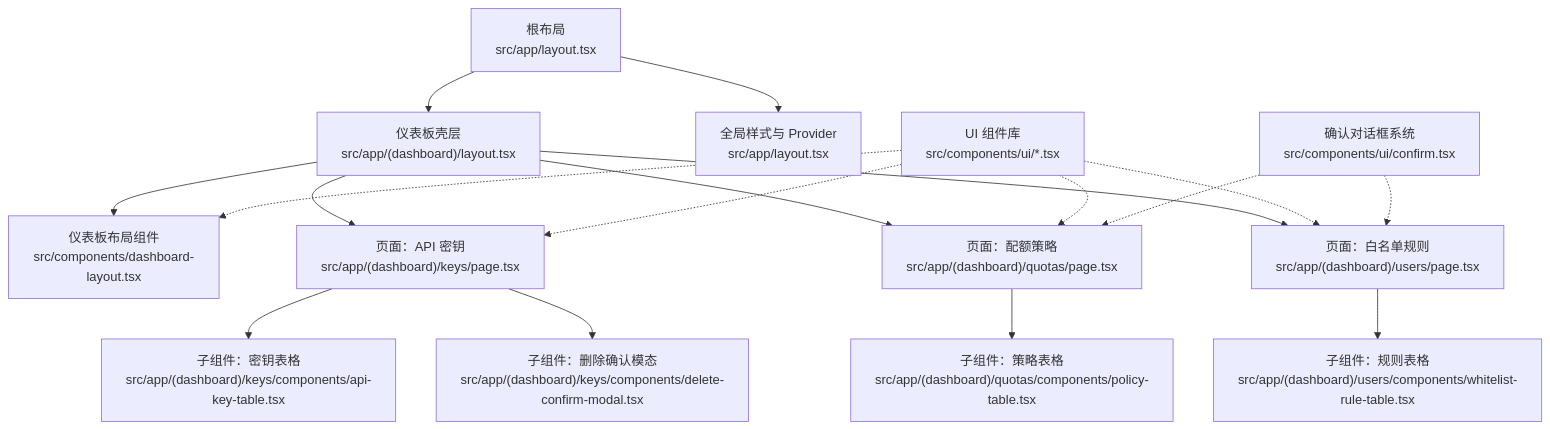
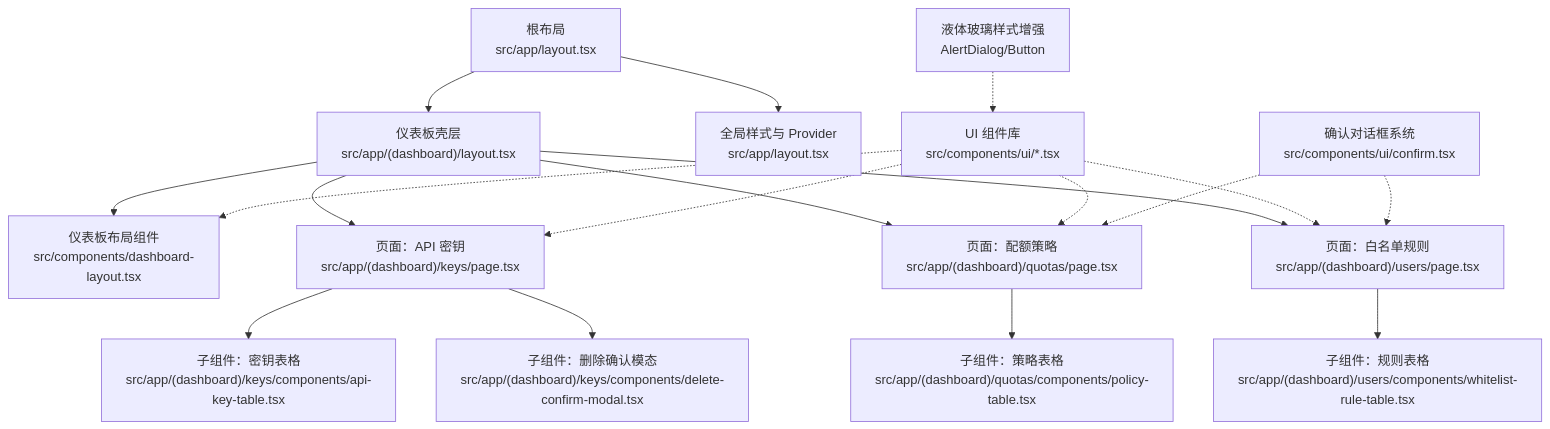
The first of 7 diagrams in .qoder/repowiki/zh/content/前端组件/前端组件.md (RadiumAg/AIGate), drawn with Mermaid before and after one commit. The commit also changed other lines of this file and 6 other files, not shown here.

````diff
--- a/.qoder/repowiki/zh/content/前端组件/前端组件.md
+++ b/.qoder/repowiki/zh/content/前端组件/前端组件.md
@@ -63,19 +67,20 @@
 ```mermaid
 graph TB
 A["根布局<br/>src/app/layout.tsx"] --> B["仪表板壳层<br/>src/app/(dashboard)/layout.tsx"]
 B --> C["仪表板布局组件<br/>src/components/dashboard-layout.tsx"]
 B --> D["页面：API 密钥<br/>src/app/(dashboard)/keys/page.tsx"]
 D --> E["子组件：密钥表格<br/>src/app/(dashboard)/keys/components/api-key-table.tsx"]
 D --> F["子组件：删除确认模态<br/>src/app/(dashboard)/keys/components/delete-confirm-modal.tsx"]
 B --> G["页面：配额策略<br/>src/app/(dashboard)/quotas/page.tsx"]
 G --> H["子组件：策略表格<br/>src/app/(dashboard)/quotas/components/policy-table.tsx"]
 B --> I["页面：白名单规则<br/>src/app/(dashboard)/users/page.tsx"]
 I --> J["子组件：规则表格<br/>src/app/(dashboard)/users/components/whitelist-rule-table.tsx"]
 A --> K["全局样式与 Provider<br/>src/app/layout.tsx"]
 L["UI 组件库<br/>src/components/ui/*.tsx"] -.-> C
 L -.-> D
 L -.-> G
 L -.-> I
 M["确认对话框系统<br/>src/components/ui/confirm.tsx"] -.-> G
 M -.-> I
+N["液体玻璃样式增强<br/>AlertDialog/Button"] -.-> L
 ```
````
